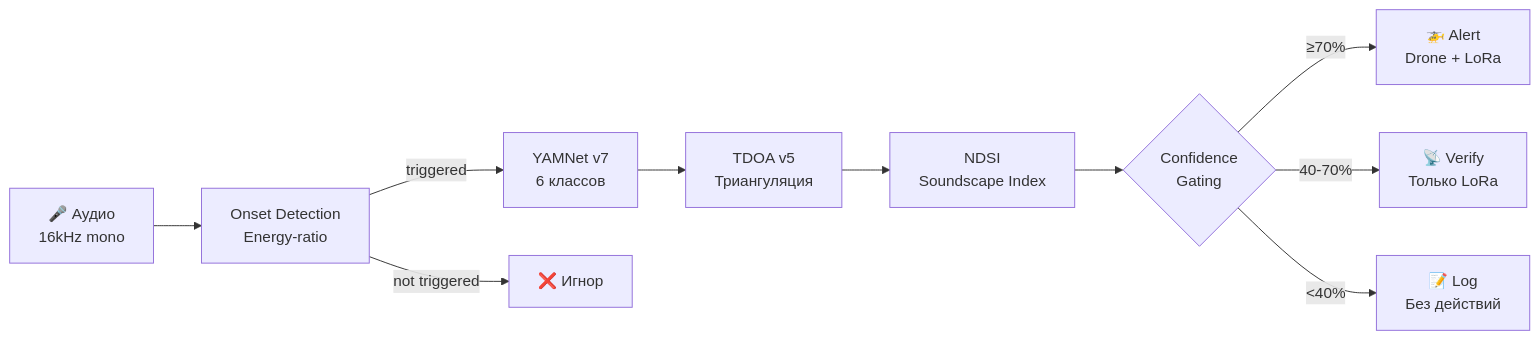
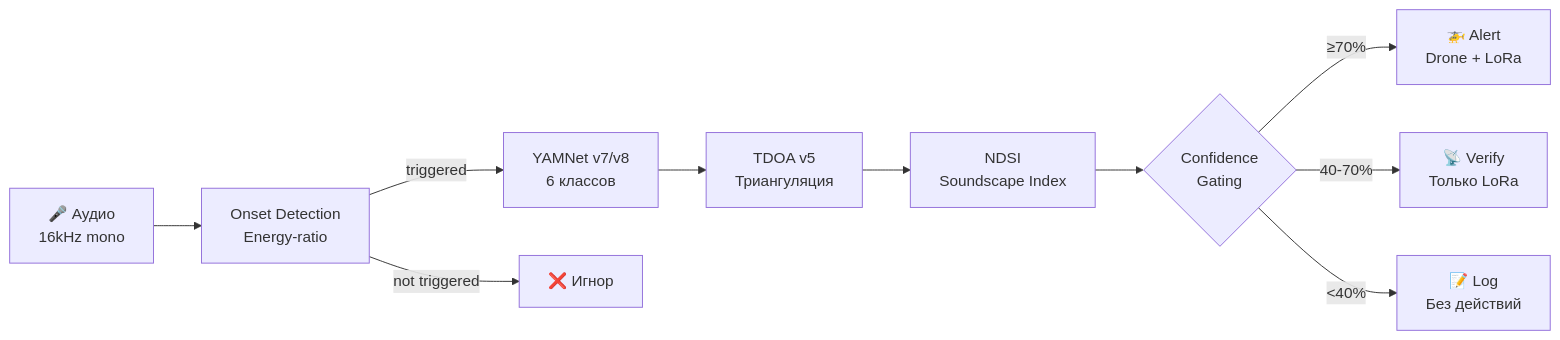
The diagram in docs/ml-pipeline.md (gianhu403-hash/faun), drawn with Mermaid before and after one commit. The commit also changed 6 other files, not shown here.

````diff
--- a/docs/ml-pipeline.md
+++ b/docs/ml-pipeline.md
@@ -7,12 +7,12 @@
 ```mermaid
 flowchart LR
     A[🎤 Аудио<br>16kHz mono] --> B[Onset Detection<br>Energy-ratio]
-    B --> |triggered| C[YAMNet v7<br>6 классов]
+    B --> |triggered| C[YAMNet v7/v8<br>6 классов]
     B --> |not triggered| X[❌ Игнор]
     C --> D[TDOA v5<br>Триангуляция]
     D --> E[NDSI<br>Soundscape Index]
     E --> F{Confidence<br>Gating}
     F --> |≥70%| G[🚁 Alert<br>Drone + LoRa]
     F --> |40-70%| H[📡 Verify<br>Только LoRa]
     F --> |<40%| I[📝 Log<br>Без действий]
 ```
````
